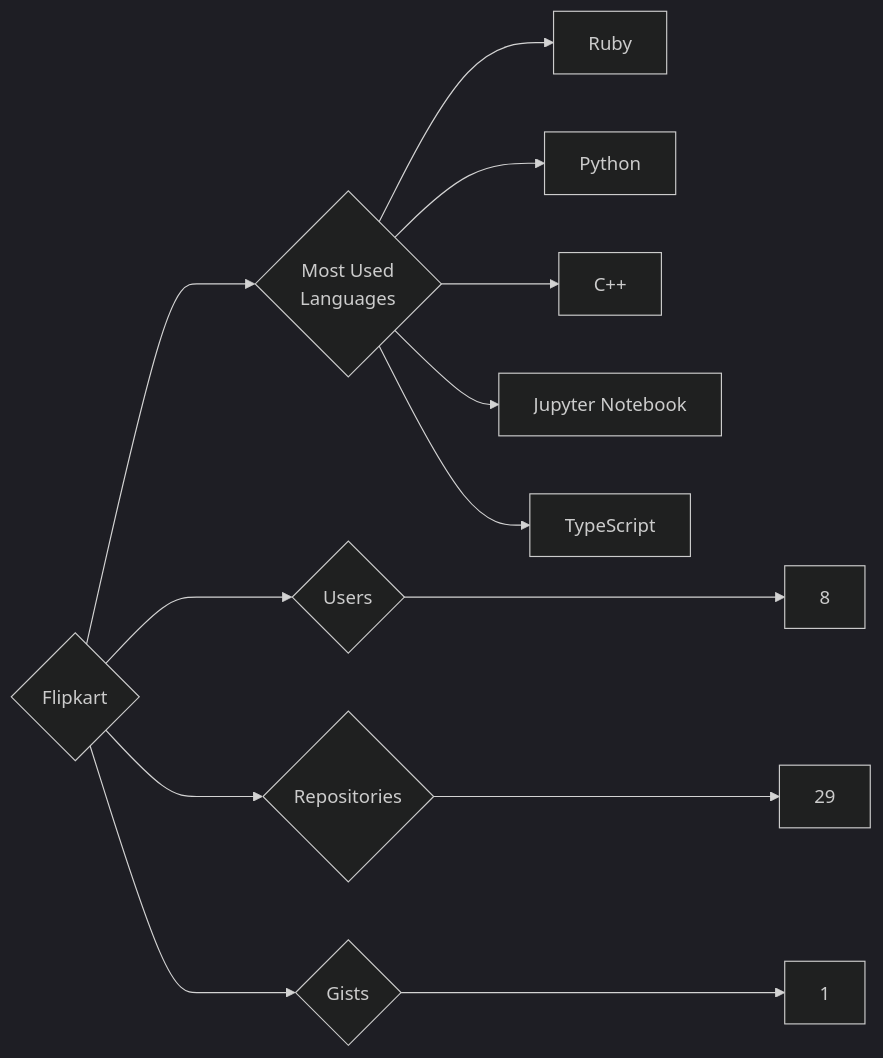
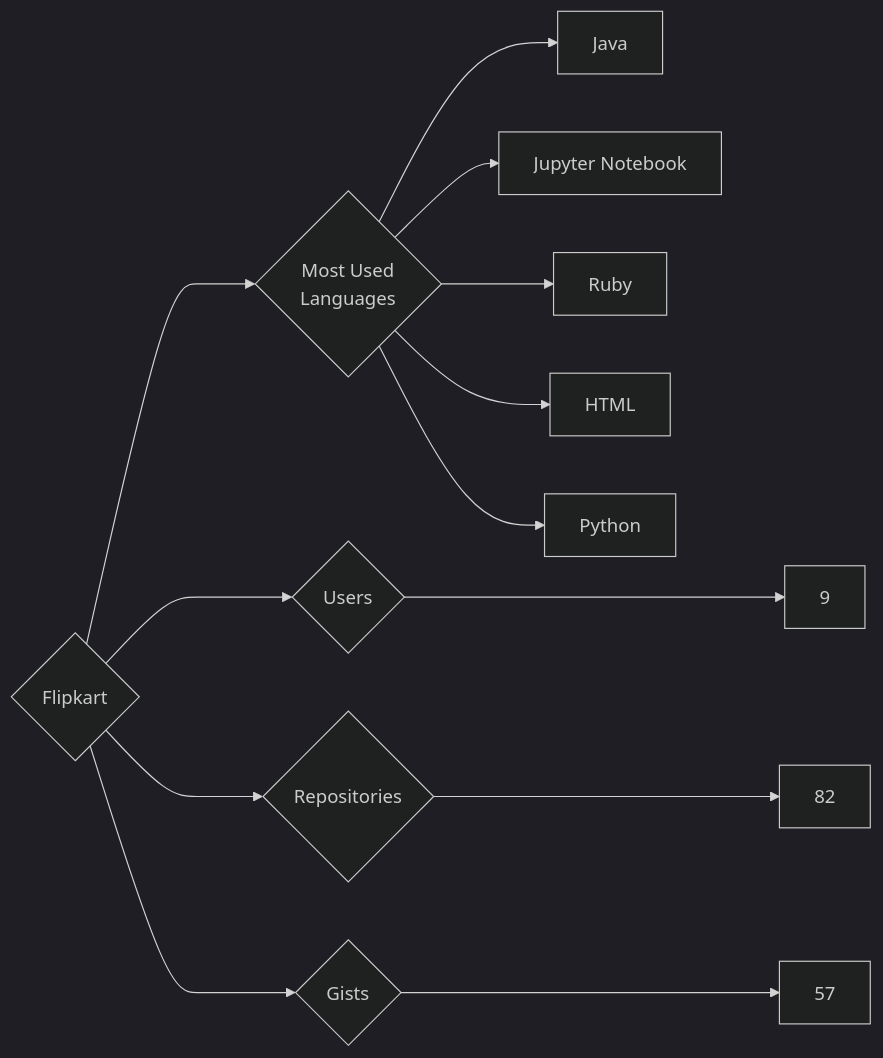
The diagram in targets/Flipkart/README.md (trickest/insiders), drawn with Mermaid (dark theme) before and after one commit. The commit also changed 1238 other files, not shown here.

````diff
--- a/targets/Flipkart/README.md
+++ b/targets/Flipkart/README.md
@@ -3,13 +3,13 @@
 ```mermaid
 graph LR
 COMPANY_NAME{Flipkart}
-COMPANY_NAME ---> U{Users} ---> UN[8]
-COMPANY_NAME ---> R{Repositories} ---> RN[29]
-COMPANY_NAME ---> G{Gists} ---> GN[1]
+COMPANY_NAME ---> U{Users} ---> UN[9]
+COMPANY_NAME ---> R{Repositories} ---> RN[82]
+COMPANY_NAME ---> G{Gists} ---> GN[57]
 COMPANY_NAME ---> ML{Most Used<br>Languages}
+ML --> Java[Java]
+ML --> Jupyter_Notebook[Jupyter Notebook]
 ML --> Ruby[Ruby]
+ML --> HTML[HTML]
 ML --> Python[Python]
-ML --> C++[C++]
-ML --> Jupyter_Notebook[Jupyter Notebook]
-ML --> TypeScript[TypeScript]
 ```
````
